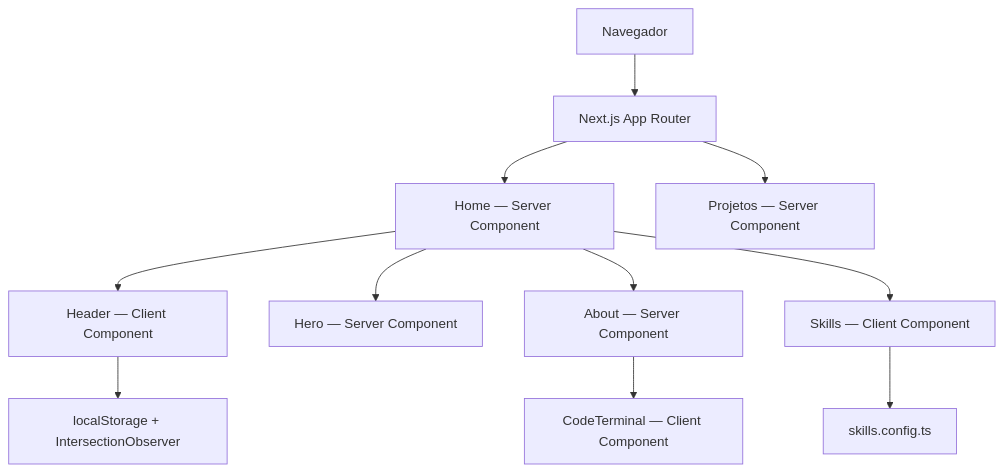
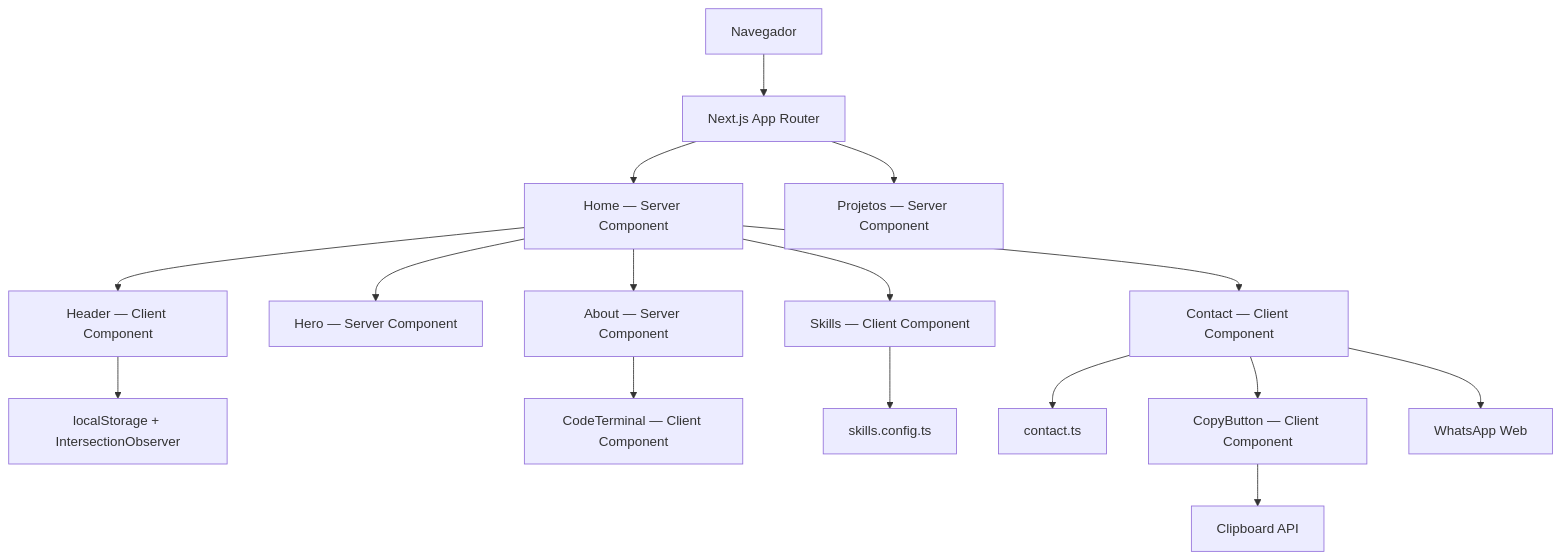
The diagram in README.md (DescomplicaDevDan/portfolio-descomplicadevdan), drawn with Mermaid before and after one commit. The commit also changed other lines of this file and 15 other files, not shown here.

First line of the commit message:
feat(contact): add WhatsApp contact flow and social channels

````diff
--- a/README.md
+++ b/README.md
@@ -64,13 +66,18 @@
 ```mermaid
 flowchart TD
     Browser[Navegador] --> AppRouter[Next.js App Router]
     AppRouter --> Home[Home — Server Component]
     AppRouter --> Projects[Projetos — Server Component]
     Home --> Header[Header — Client Component]
     Home --> Hero[Hero — Server Component]
     Home --> About[About — Server Component]
     Home --> Skills[Skills — Client Component]
+    Home --> Contact[Contact — Client Component]
     About --> Terminal[CodeTerminal — Client Component]
     Skills --> Config[skills.config.ts]
+    Contact --> ContactConfig[contact.ts]
+    Contact --> Clipboard[CopyButton — Client Component]
     Header --> BrowserAPIs[localStorage + IntersectionObserver]
+    Clipboard --> ClipboardAPI[Clipboard API]
+    Contact --> WhatsApp[WhatsApp Web]
 ```
````
